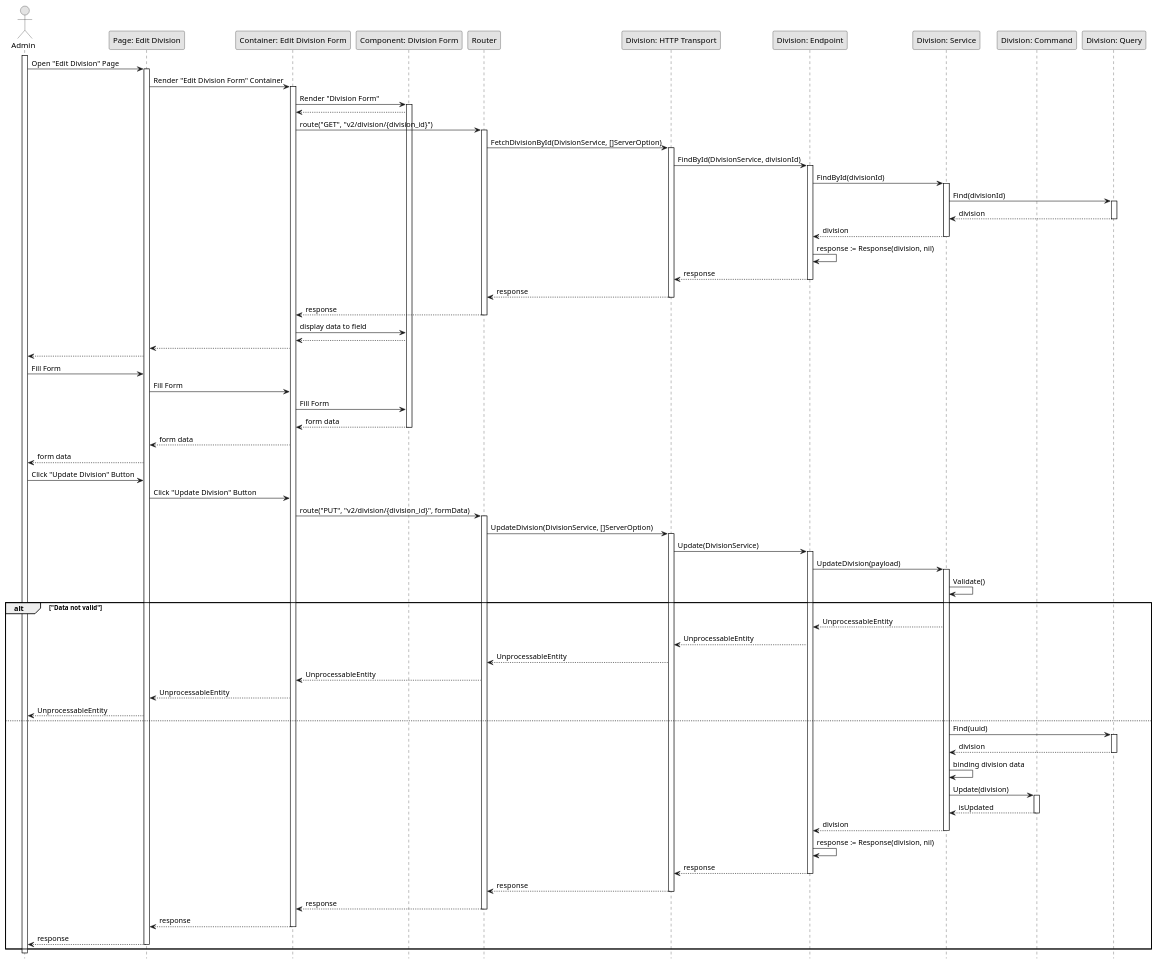
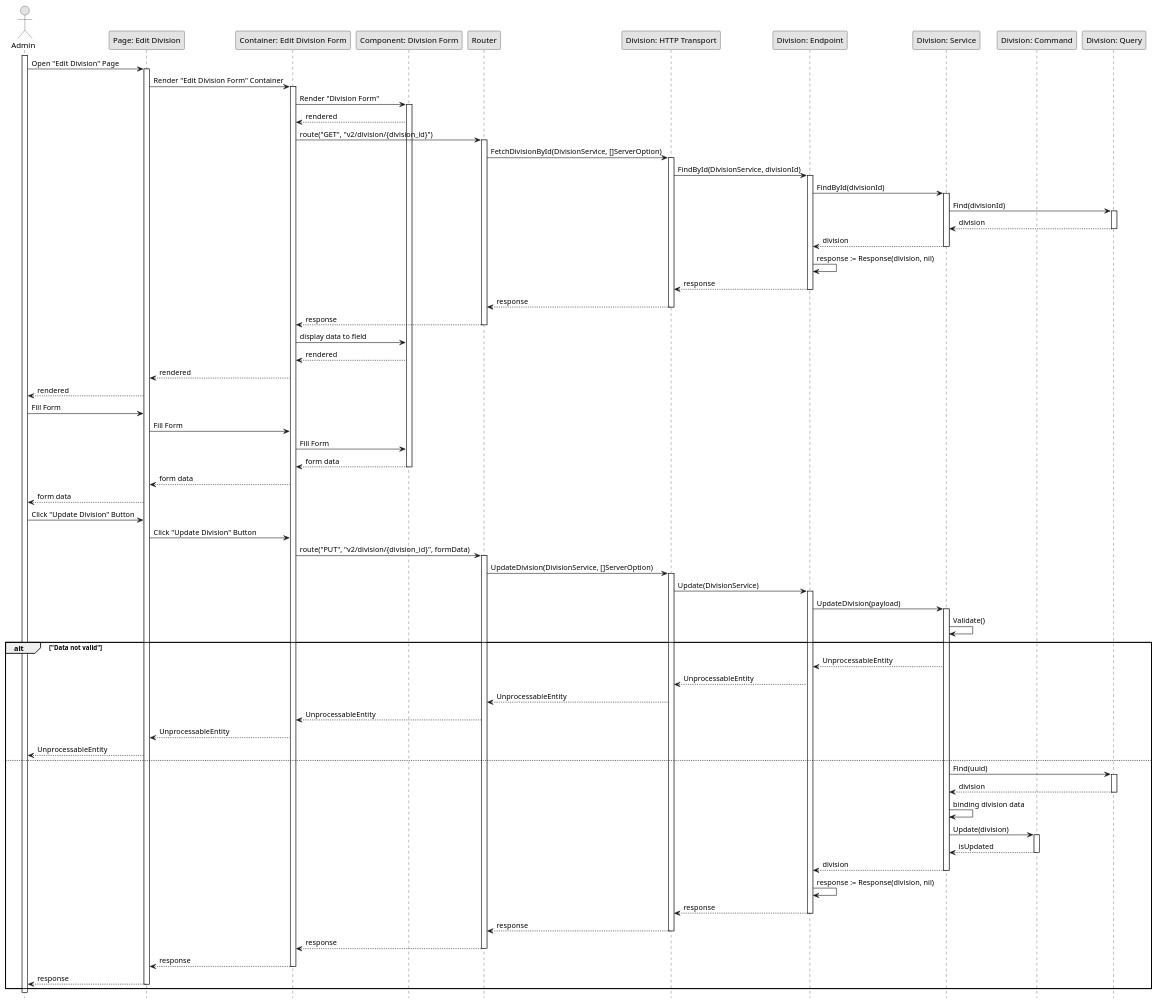
One commit to fwidjaya20/fazzlearning-uml changed the diagram in Sequence/Release01/UpdateDivision.wsd. Above: the diagram before and after it, drawn with PlantUML. The commit also changed 15 other files, not shown here.

Commit message:
fix(sequence): adding return wording

```diff
--- a/Sequence/Release01/UpdateDivision.wsd
+++ b/Sequence/Release01/UpdateDivision.wsd
@@ -1,107 +1,107 @@
 @startuml UpdateDivision
 
 skinparam Monochrome true
 skinparam Shadowing false
 hide footbox
 
 actor Admin
 participant "Page: Edit Division" as EditDivisionPage
 participant "Container: Edit Division Form" as EditDivisionFormContainer
 participant "Component: Division Form" as DivisionForm
 participant "Router" as Router
 participant "Division: HTTP Transport" as DivisionHTTPTransport
 participant "Division: Endpoint" as DivisionEndpoint
 participant "Division: Service" as DivisionService
 participant "Division: Command" as DivisionCommand
 participant "Division: Query" as DivisionQuery
 
 activate Admin
 
 Admin->EditDivisionPage: Open "Edit Division" Page
 activate EditDivisionPage
 EditDivisionPage->EditDivisionFormContainer: Render "Edit Division Form" Container
 activate EditDivisionFormContainer
 EditDivisionFormContainer->DivisionForm: Render "Division Form"
 activate DivisionForm
-DivisionForm-->EditDivisionFormContainer
+DivisionForm-->EditDivisionFormContainer: rendered
 EditDivisionFormContainer->Router: route("GET", "v2/division/{division_id}")
 activate Router
 Router->DivisionHTTPTransport: FetchDivisionById(DivisionService, []ServerOption)
 activate DivisionHTTPTransport
 DivisionHTTPTransport->DivisionEndpoint: FindById(DivisionService, divisionId)
 activate DivisionEndpoint
 DivisionEndpoint->DivisionService: FindById(divisionId)
 activate DivisionService
 DivisionService->DivisionQuery: Find(divisionId)
 activate DivisionQuery
 DivisionQuery-->DivisionService: division
 deactivate DivisionQuery
 DivisionService-->DivisionEndpoint: division
 deactivate DivisionService
 DivisionEndpoint->DivisionEndpoint: response := Response(division, nil)
 DivisionEndpoint-->DivisionHTTPTransport: response
 deactivate DivisionEndpoint
 DivisionHTTPTransport-->Router: response
 deactivate DivisionHTTPTransport
 Router-->EditDivisionFormContainer: response
 deactivate Router
 EditDivisionFormContainer->DivisionForm: display data to field
-DivisionForm-->EditDivisionFormContainer
-EditDivisionFormContainer-->EditDivisionPage
-EditDivisionPage-->Admin
+DivisionForm-->EditDivisionFormContainer: rendered
+EditDivisionFormContainer-->EditDivisionPage: rendered
+EditDivisionPage-->Admin: rendered
 
 Admin->EditDivisionPage: Fill Form
 EditDivisionPage->EditDivisionFormContainer: Fill Form
 EditDivisionFormContainer->DivisionForm: Fill Form
 DivisionForm-->EditDivisionFormContainer: form data
 deactivate DivisionForm
 EditDivisionFormContainer-->EditDivisionPage: form data
 EditDivisionPage-->Admin: form data
 
 Admin->EditDivisionPage: Click "Update Division" Button
 EditDivisionPage->EditDivisionFormContainer: Click "Update Division" Button
 EditDivisionFormContainer->Router: route("PUT", "v2/division/{division_id}", formData)
 activate Router
 Router->DivisionHTTPTransport: UpdateDivision(DivisionService, []ServerOption)
 activate DivisionHTTPTransport
 DivisionHTTPTransport->DivisionEndpoint: Update(DivisionService)
 activate DivisionEndpoint
 DivisionEndpoint->DivisionService: UpdateDivision(payload)
 activate DivisionService
 DivisionService->DivisionService: Validate()
 
 alt "Data not valid"
     DivisionService-->DivisionEndpoint: UnprocessableEntity
     DivisionEndpoint-->DivisionHTTPTransport: UnprocessableEntity
     DivisionHTTPTransport-->Router: UnprocessableEntity
     Router-->EditDivisionFormContainer: UnprocessableEntity
     EditDivisionFormContainer-->EditDivisionPage: UnprocessableEntity
     EditDivisionPage-->Admin: UnprocessableEntity
 else
     DivisionService->DivisionQuery: Find(uuid)
     activate DivisionQuery
     DivisionQuery-->DivisionService: division
     deactivate DivisionQuery
     DivisionService->DivisionService: binding division data
     DivisionService->DivisionCommand: Update(division)
     activate DivisionCommand
     DivisionCommand-->DivisionService: isUpdated
     deactivate DivisionCommand
     DivisionService-->DivisionEndpoint: division
     deactivate DivisionService
     DivisionEndpoint->DivisionEndpoint: response := Response(division, nil)
     DivisionEndpoint-->DivisionHTTPTransport: response
     deactivate DivisionEndpoint
     DivisionHTTPTransport-->Router: response
     deactivate DivisionHTTPTransport
     Router-->EditDivisionFormContainer: response
     deactivate Router
     EditDivisionFormContainer-->EditDivisionPage: response
     deactivate EditDivisionFormContainer
     EditDivisionPage-->Admin: response
     deactivate EditDivisionPage
 end
 
 deactivate Admin
 
 @enduml
```
